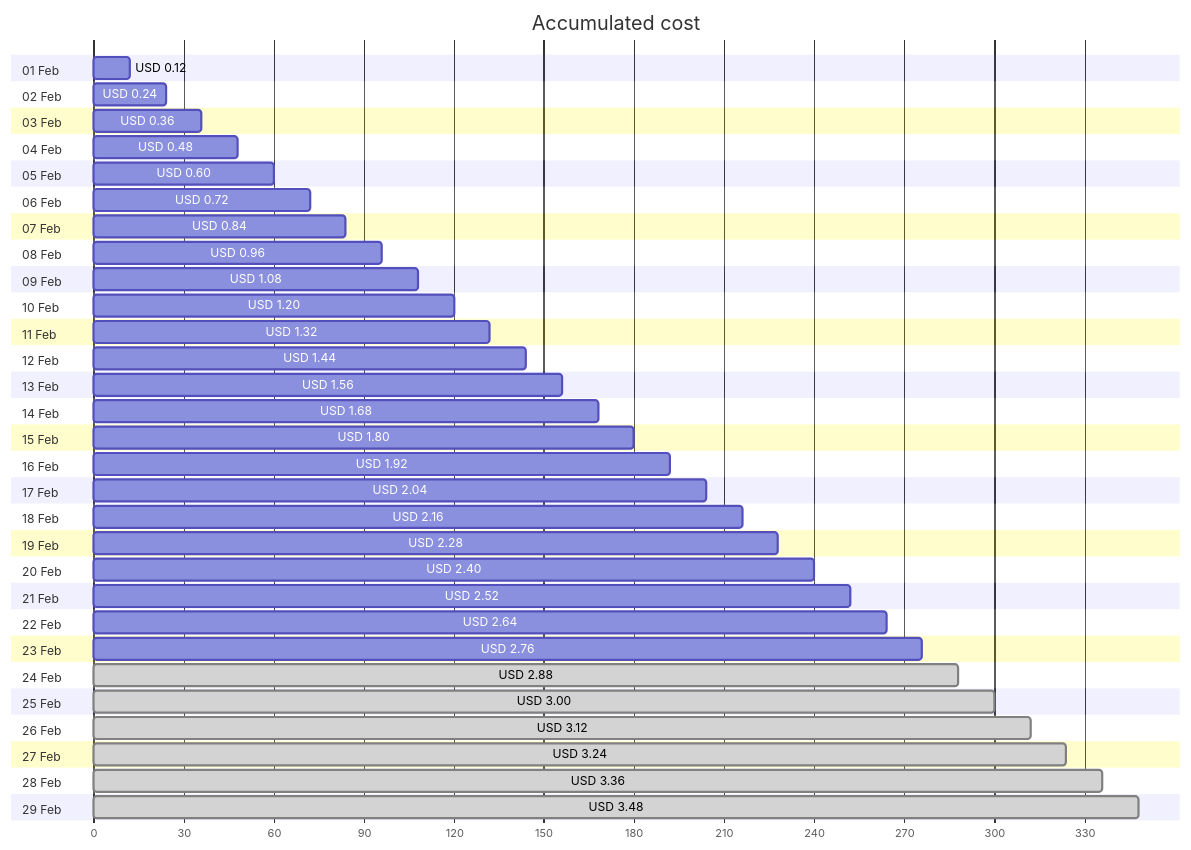
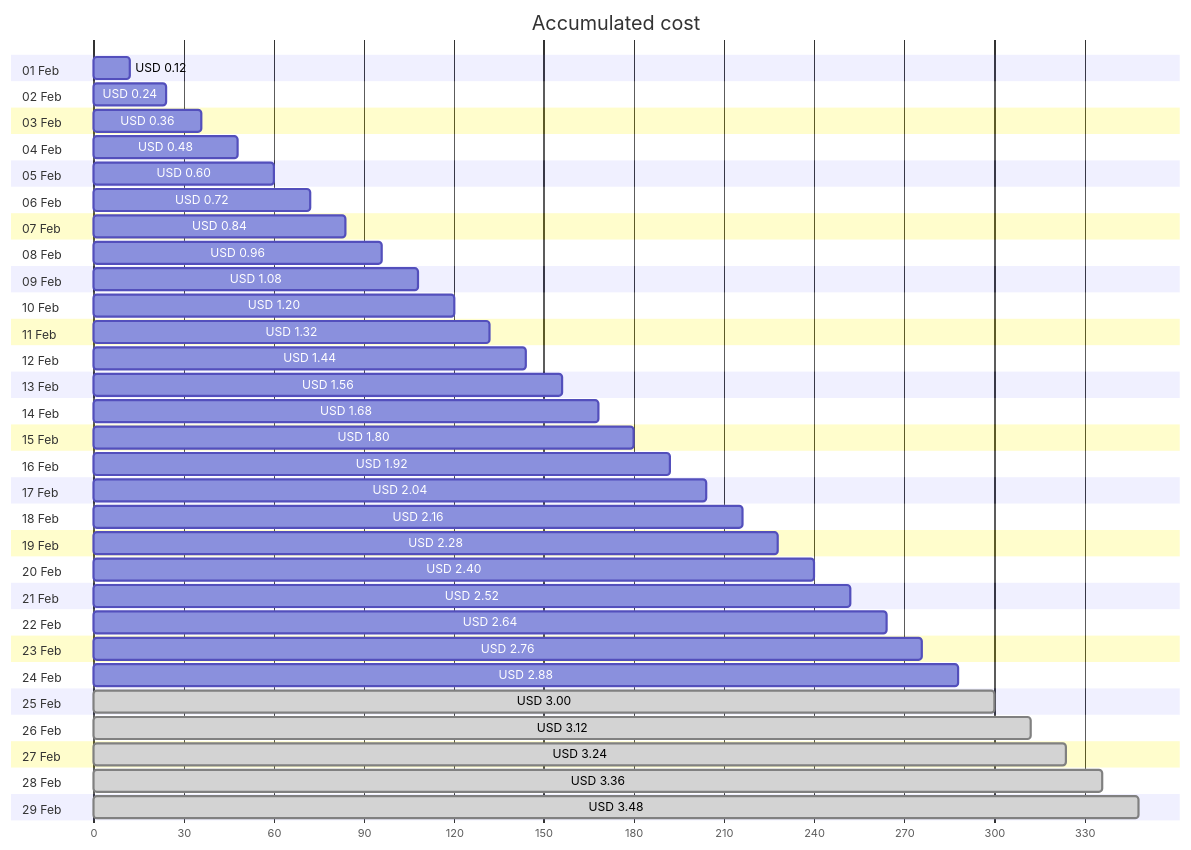
The first of 4 diagrams in cost-reports/personal-network/backup-server-public-ip.md (jpfulton/azure-personal-reports), drawn with Mermaid before and after one commit. The commit also changed other lines of this file and 8 other files, not shown here.

````diff
--- a/cost-reports/personal-network/backup-server-public-ip.md
+++ b/cost-reports/personal-network/backup-server-public-ip.md
@@ -20,64 +20,64 @@
 ```mermaid
 gantt
    title Accumulated cost
    dateFormat  X
    axisFormat %s
    section 01 Feb
    USD 0.12 :0, 12
    section 02 Feb
    USD 0.24 :0, 24
    section 03 Feb
    USD 0.36 :0, 36
    section 04 Feb
    USD 0.48 :0, 48
    section 05 Feb
    USD 0.60 :0, 60
    section 06 Feb
    USD 0.72 :0, 72
    section 07 Feb
    USD 0.84 :0, 84
    section 08 Feb
    USD 0.96 :0, 96
    section 09 Feb
    USD 1.08 :0, 108
    section 10 Feb
    USD 1.20 :0, 120
    section 11 Feb
    USD 1.32 :0, 132
    section 12 Feb
    USD 1.44 :0, 144
    section 13 Feb
    USD 1.56 :0, 156
    section 14 Feb
    USD 1.68 :0, 168
    section 15 Feb
    USD 1.80 :0, 180
    section 16 Feb
    USD 1.92 :0, 192
    section 17 Feb
    USD 2.04 :0, 204
    section 18 Feb
    USD 2.16 :0, 216
    section 19 Feb
    USD 2.28 :0, 228
    section 20 Feb
    USD 2.40 :0, 240
    section 21 Feb
    USD 2.52 :0, 252
    section 22 Feb
    USD 2.64 :0, 264
    section 23 Feb
    USD 2.76 :0, 276
    section 24 Feb
-   USD 2.88 : done, 0, 288
+   USD 2.88 :0, 288
    section 25 Feb
    USD 3.00 : done, 0, 300
    section 26 Feb
    USD 3.12 : done, 0, 312
    section 27 Feb
    USD 3.24 : done, 0, 324
    section 28 Feb
    USD 3.36 : done, 0, 336
    section 29 Feb
    USD 3.48 : done, 0, 348
 ```
````
